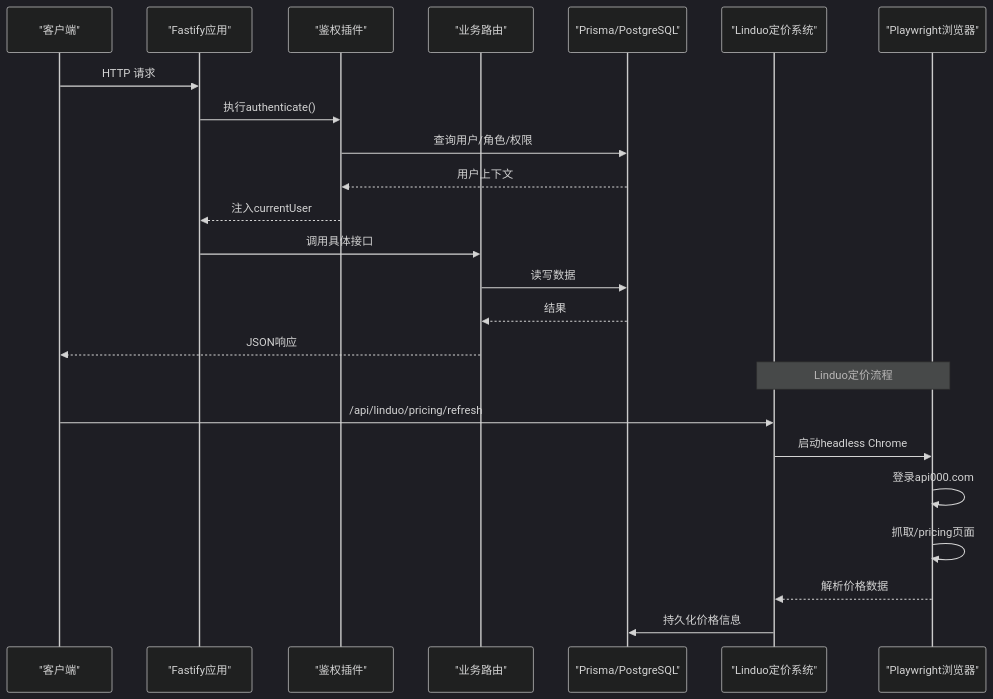
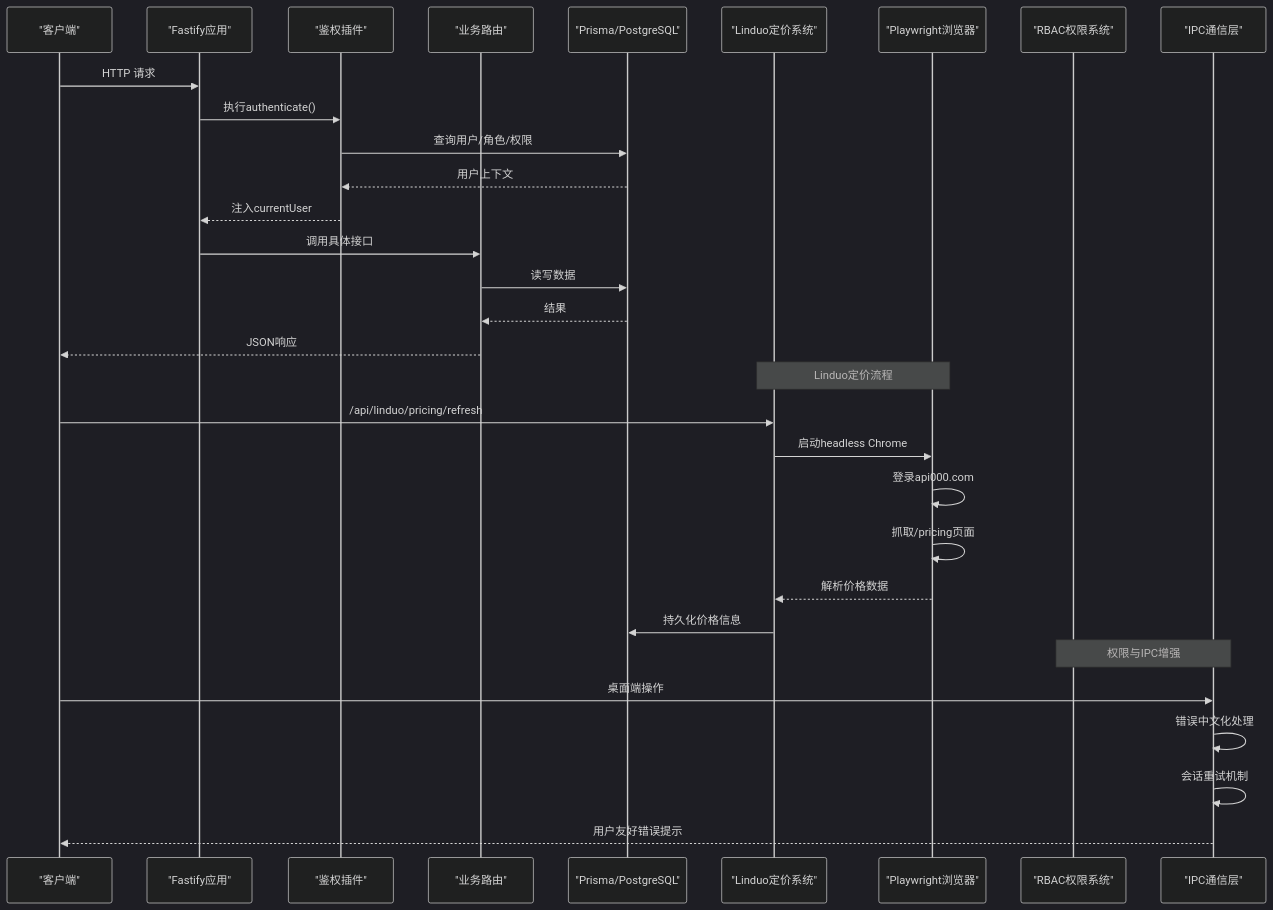
The second of 9 diagrams in .qoder/repowiki/zh/content/核心服务/后端服务器基础设施.md (iljahofbauer219-lang/yandu), drawn with Mermaid (dark theme) before and after one commit. The commit also changed other lines of this file and 22 other files, not shown here.

````diff
--- a/.qoder/repowiki/zh/content/核心服务/后端服务器基础设施.md
+++ b/.qoder/repowiki/zh/content/核心服务/后端服务器基础设施.md
@@ -103,26 +118,33 @@
 ```mermaid
 sequenceDiagram
 participant Client as "客户端"
 participant App as "Fastify应用"
 participant Auth as "鉴权插件"
 participant Route as "业务路由"
 participant DB as "Prisma/PostgreSQL"
 participant Linduo as "Linduo定价系统"
 participant Browser as "Playwright浏览器"
+participant RBAC as "RBAC权限系统"
+participant IPC as "IPC通信层"
 Client->>App : HTTP 请求
 App->>Auth : 执行authenticate()
 Auth->>DB : 查询用户/角色/权限
 DB-->>Auth : 用户上下文
 Auth-->>App : 注入currentUser
 App->>Route : 调用具体接口
 Route->>DB : 读写数据
 DB-->>Route : 结果
 Route-->>Client : JSON响应
 Note over Linduo,Browser : Linduo定价流程
 Client->>Linduo : /api/linduo/pricing/refresh
 Linduo->>Browser : 启动headless Chrome
 Browser->>Browser : 登录api000.com
 Browser->>Browser : 抓取/pricing页面
 Browser-->>Linduo : 解析价格数据
 Linduo->>DB : 持久化价格信息
+Note over RBAC,IPC : 权限与IPC增强
+Client->>IPC : 桌面端操作
+IPC->>IPC : 错误中文化处理
+IPC->>IPC : 会话重试机制
+IPC-->>Client : 用户友好错误提示
 ```
````
